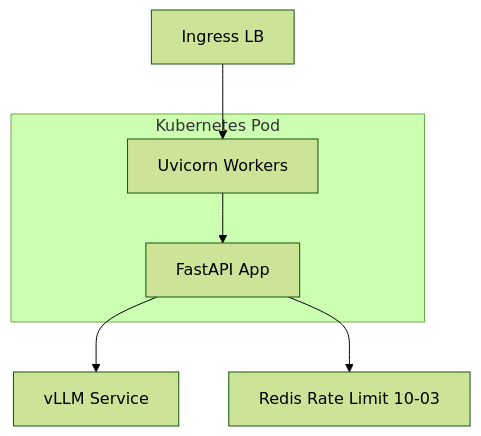
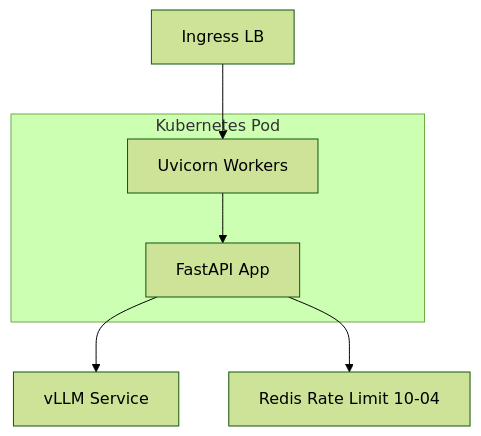
One commit to rcrahul43/GenAI-Masterclass changed the second of 3 diagrams in Modules/10-Production-Infrastructure/10-01-FastAPI-AI-Backends.md. Above: the diagram before and after it, drawn with Mermaid (forest theme). The commit also changed other lines of this file and 108 other files, not shown here.

````diff
--- a/Modules/10-Production-Infrastructure/10-01-FastAPI-AI-Backends.md
+++ b/Modules/10-Production-Infrastructure/10-01-FastAPI-AI-Backends.md
@@ -492,11 +492,11 @@
 ```mermaid
 flowchart TB
     subgraph K8s["Kubernetes Pod"]
       UV[Uvicorn Workers]
       APP[FastAPI App]
       UV --> APP
     end
     LB[Ingress LB] --> UV
     APP --> VLLM[vLLM Service]
-    APP --> REDIS[Redis Rate Limit 10-03]
+    APP --> REDIS[Redis Rate Limit 10-04]
 ```
````
